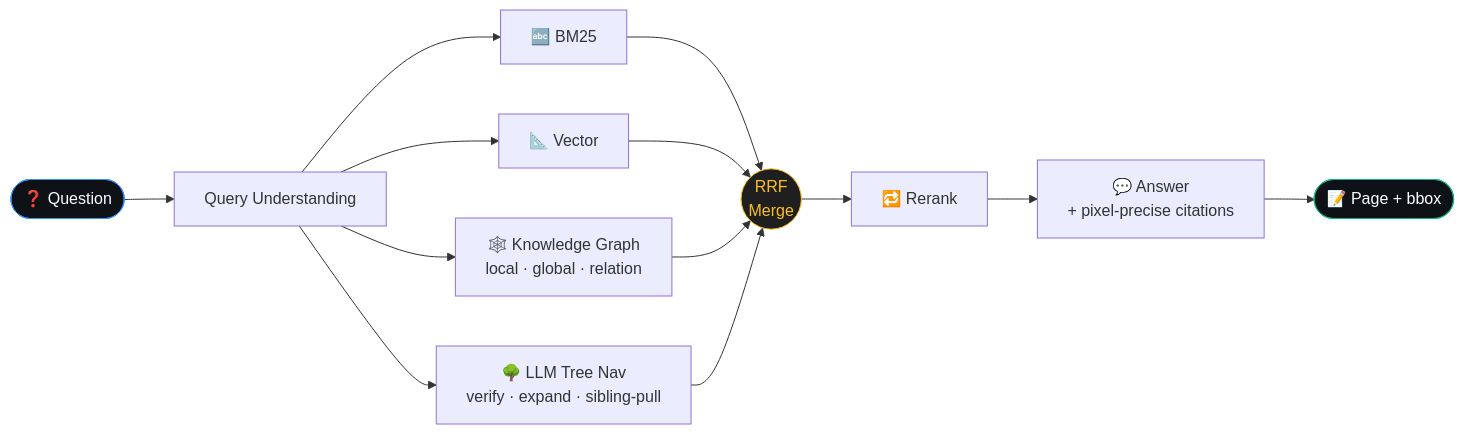
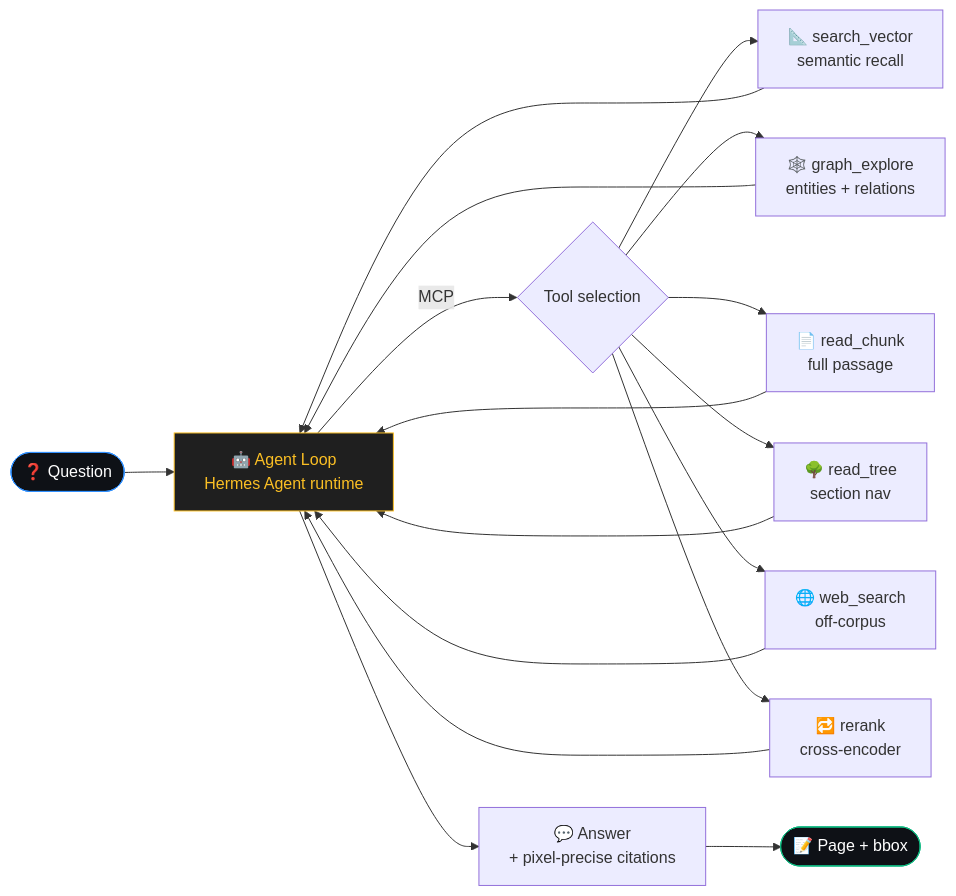
Before and after one commit to deeplethe/ForgeRAG: the first of 2 diagrams in README.md, drawn with Mermaid. The commit also changed other lines of this file and 3 other files, not shown here.

````diff
--- a/README.md
+++ b/README.md
@@ -62,19 +81,23 @@
 ```mermaid
 flowchart LR
-    Q([❓ Question]) --> QU[Query Understanding]
-    QU --> BM25[🔤 BM25]
-    QU --> VEC[📐 Vector]
-    QU --> KG[🕸️ Knowledge Graph<br/>local · global · relation]
-    QU --> TREE[🌳 LLM Tree Nav<br/>verify · expand · sibling-pull]
-    BM25 --> M((RRF<br/>Merge))
-    VEC --> M
-    KG --> M
-    TREE --> M
-    M --> RR[🔁 Rerank]
-    RR --> ANS[💬 Answer<br/>+ pixel-precise citations]
+    Q([❓ Question]) --> AGENT[🤖 Agent Loop<br/>Hermes Agent runtime]
+    AGENT -->|MCP| TOOLS{Tool selection}
+    TOOLS --> VEC[📐 search_vector<br/>semantic recall]
+    TOOLS --> KG[🕸️ graph_explore<br/>entities + relations]
+    TOOLS --> CHUNK[📄 read_chunk<br/>full passage]
+    TOOLS --> TREE[🌳 read_tree<br/>section nav]
+    TOOLS --> WEB[🌐 web_search<br/>off-corpus]
+    TOOLS --> RR[🔁 rerank<br/>cross-encoder]
+    VEC --> AGENT
+    KG --> AGENT
+    CHUNK --> AGENT
+    TREE --> AGENT
+    WEB --> AGENT
+    RR --> AGENT
+    AGENT --> ANS[💬 Answer<br/>+ pixel-precise citations]
     ANS --> A([📝 Page + bbox])
 
     style Q fill:#0e1116,stroke:#3291ff,color:#fff
     style A fill:#0e1116,stroke:#10b981,color:#fff
-    style M fill:#1f1f1f,stroke:#fbbf24,color:#fbbf24
+    style AGENT fill:#1f1f1f,stroke:#fbbf24,color:#fbbf24
 ```
````
